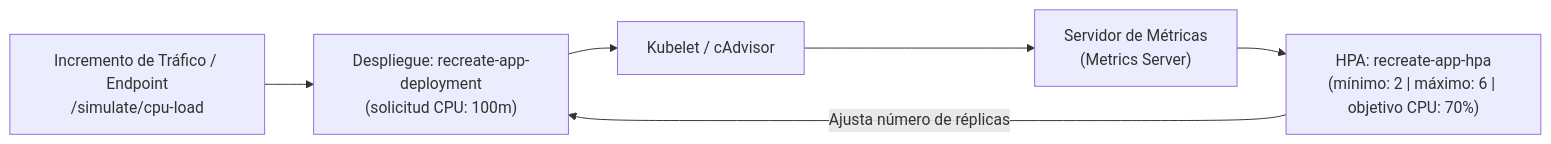
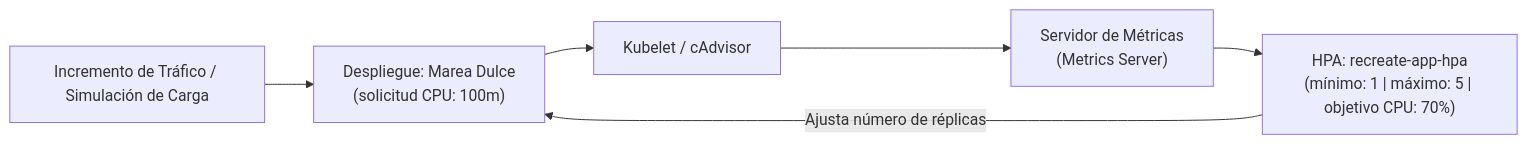
The diagram in docs/hpa.md (Esteban-GV/MareaDulce_Recreate), drawn with Mermaid before and after one commit. The commit also changed other lines of this file and 138 other files, not shown here.

Commit message:
feat(docs): migrate documentation, platform and architecture to Marea Dulce Recreate deployment

````diff
--- a/docs/hpa.md
+++ b/docs/hpa.md
@@ -17,8 +17,8 @@
 ```mermaid
 flowchart LR
-    Carga["Incremento de Tráfico / Endpoint\n/simulate/cpu-load"] --> Pods["Despliegue: recreate-app-deployment\n(solicitud CPU: 100m)"]
+    Carga["Incremento de Tráfico / Simulación de Carga"] --> Pods["Despliegue: Marea Dulce\n(solicitud CPU: 100m)"]
     Pods --> Kubelet["Kubelet / cAdvisor"]
     Kubelet --> MS["Servidor de Métricas\n(Metrics Server)"]
-    MS --> HPA["HPA: recreate-app-hpa\n(mínimo: 2 | máximo: 6 | objetivo CPU: 70%)"]
+    MS --> HPA["HPA: recreate-app-hpa\n(mínimo: 1 | máximo: 5 | objetivo CPU: 70%)"]
     HPA -->|"Ajusta número de réplicas"| Pods
 ```
````
